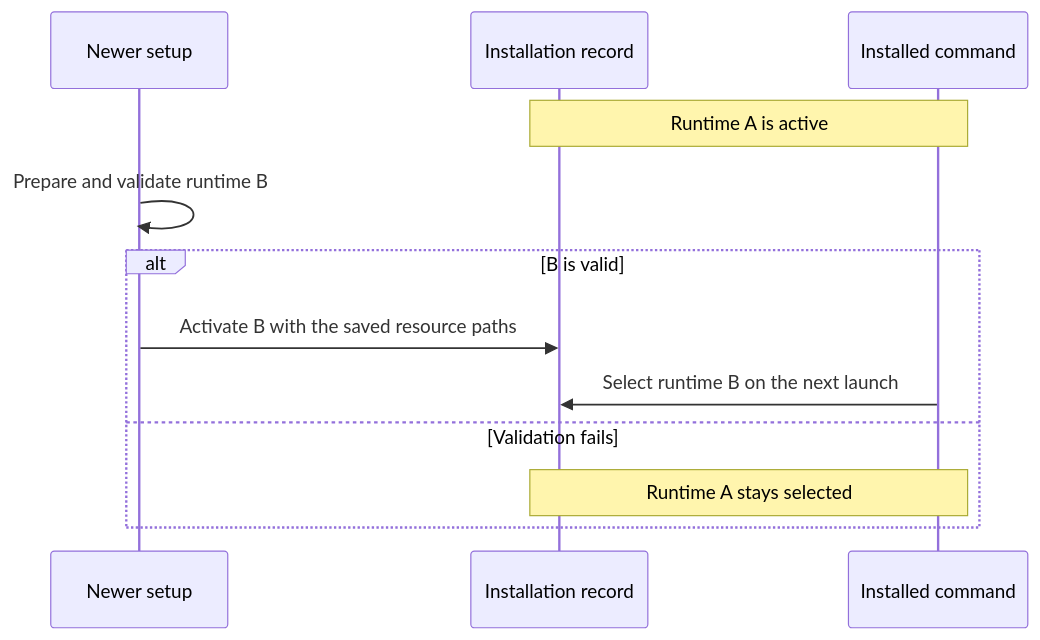
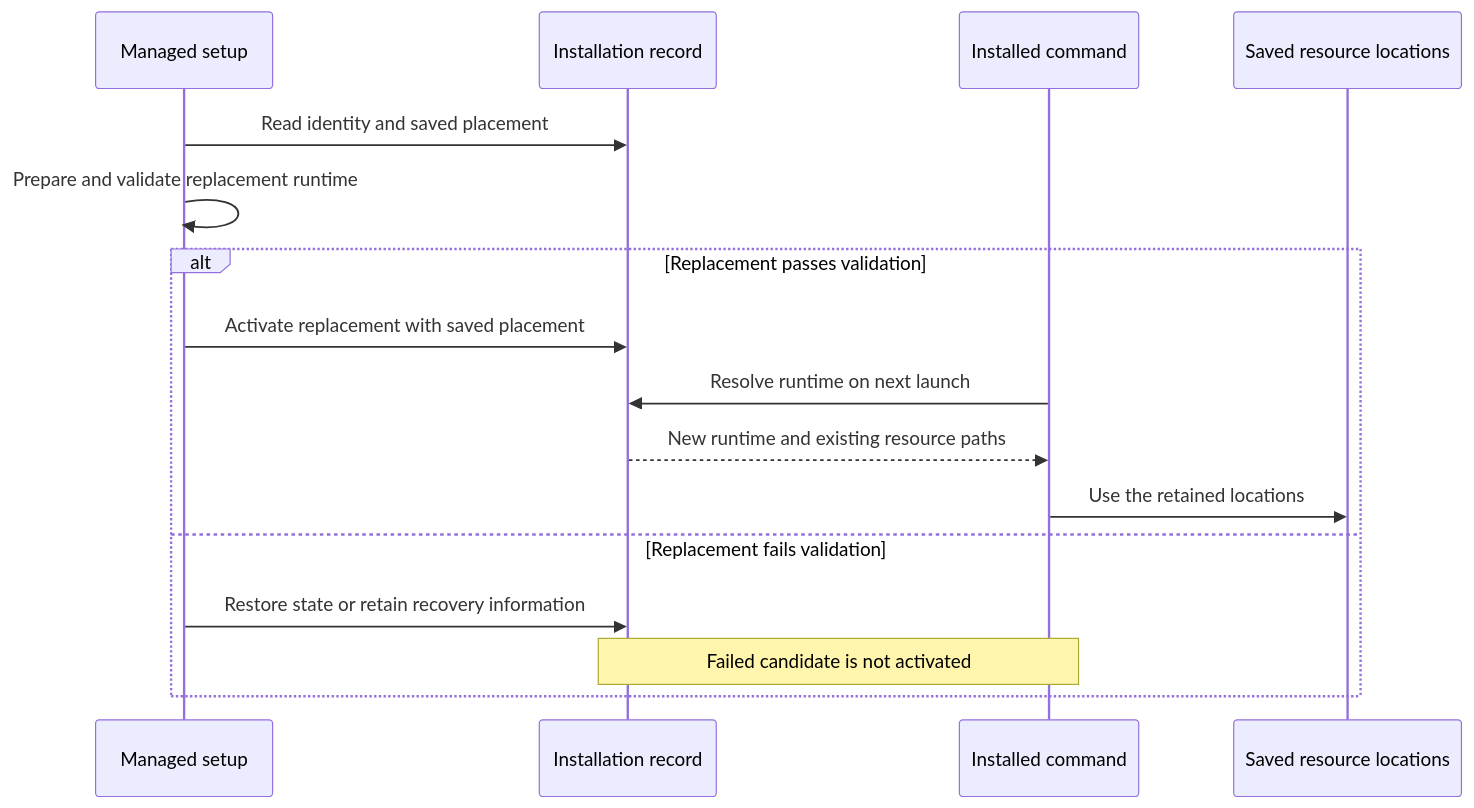
The second of 3 diagrams in README.md (HisQu/apprc), drawn with Mermaid before and after one commit. The commit also changed other lines of this file and 4 other files, not shown here.

First line of the commit message:
docs(readme): 📝 adopt the revised AppRC overview and retention diagram

````diff
--- a/README.md
+++ b/README.md
@@ -432,15 +528,20 @@
 ```mermaid
 sequenceDiagram
-    accTitle: How an update switches the active runtime
-    participant Setup as Newer setup
+    accTitle: A managed update validates its replacement and retains resource placement
+    participant Setup as Managed setup
     participant Record as Installation record
-    participant Cmd as Installed command
-    Note over Record,Cmd: Runtime A is active
-    Setup->>Setup: Prepare and validate runtime B
-    alt B is valid
-        Setup->>Record: Activate B with the saved resource paths
-        Cmd->>Record: Select runtime B on the next launch
-    else Validation fails
-        Note over Record,Cmd: Runtime A stays selected
+    participant Command as Installed command
+    participant Resources as Saved resource locations
+
+    Setup->>Record: Read identity and saved placement
+    Setup->>Setup: Prepare and validate replacement runtime
+    alt Replacement passes validation
+        Setup->>Record: Activate replacement with saved placement
+        Command->>Record: Resolve runtime on next launch
+        Record-->>Command: New runtime and existing resource paths
+        Command->>Resources: Use the retained locations
+    else Replacement fails validation
+        Setup->>Record: Restore state or retain recovery information
+        Note over Record,Command: Failed candidate is not activated
     end
 ```
````
